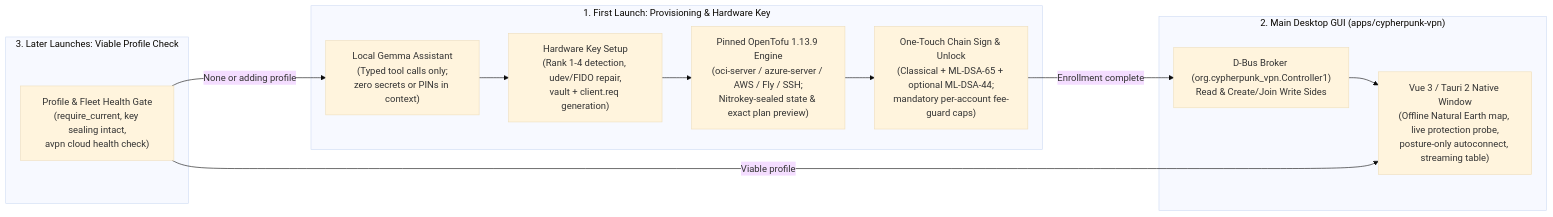
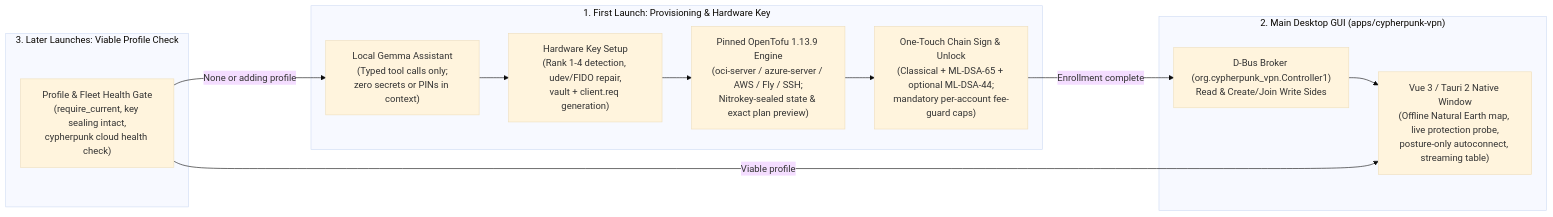
One commit to R1VER77/ADVANCED_VPN changed the fifth of 10 diagrams in README.md. Above: the diagram before and after it, drawn with Mermaid (base theme). The commit also changed other lines of this file and 431 other files, not shown here.

````diff
--- a/README.md
+++ b/README.md
@@ -268,24 +269,24 @@
 ```mermaid
 flowchart LR
     subgraph Step1["1. First Launch: Provisioning & Hardware Key"]
         Gemma["Local Gemma Assistant<br/>(Typed tool calls only;<br/>zero secrets or PINs in context)"]
         HWKey["Hardware Key Setup<br/>(Rank 1-4 detection, udev/FIDO repair,<br/>vault + client.req generation)"]
         Tofu["Pinned OpenTofu 1.13.9 Engine<br/>(oci-server / azure-server / AWS / Fly / SSH;<br/>Nitrokey-sealed state & exact plan preview)"]
         Sign["One-Touch Chain Sign & Unlock<br/>(Classical + ML-DSA-65 + optional ML-DSA-44;<br/>mandatory per-account fee-guard caps)"]
         Gemma --> HWKey --> Tofu --> Sign
     end
 
     subgraph Step2["2. Main Desktop GUI (apps/cypherpunk-vpn)"]
         DBus["D-Bus Broker (org.cypherpunk_vpn.Controller1)<br/>Read & Create/Join Write Sides"]
         Window["Vue 3 / Tauri 2 Native Window<br/>(Offline Natural Earth map, live protection probe,<br/>posture-only autoconnect, streaming table)"]
         DBus --> Window
     end
 
     subgraph Step3["3. Later Launches: Viable Profile Check"]
-        Check["Profile & Fleet Health Gate<br/>(require_current, key sealing intact,<br/>avpn cloud health check)"]
+        Check["Profile & Fleet Health Gate<br/>(require_current, key sealing intact,<br/>cypherpunk cloud health check)"]
     end
 
     Sign -->|"Enrollment complete"| DBus
     Check -->|"Viable profile"| Window
     Check -->|"None or adding profile"| Gemma
 ```
````
